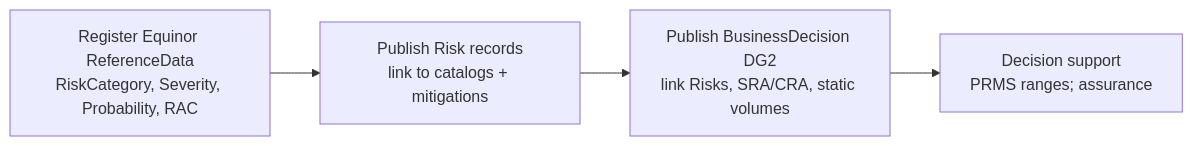
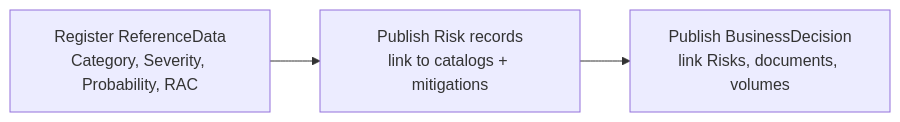
One commit to marcusapel/ores changed the second of 2 diagrams in md/Risk.md. Above: the diagram before and after it, drawn with Mermaid. The commit also changed other lines of this file and 7 other files, not shown here.

````diff
--- a/md/Risk.md
+++ b/md/Risk.md
@@ -60,6 +49,5 @@
 ```mermaid
 flowchart LR
-  A[Register Equinor ReferenceData<br/>RiskCategory, Severity, Probability, RAC] --> B[Publish Risk records<br/>link to catalogs + mitigations]
-  B --> C[Publish BusinessDecision DG2<br/>link Risks, SRA/CRA, static volumes]
-  C --> D[Decision support<br/>PRMS ranges; assurance]
+  A[Register ReferenceData<br/>Category, Severity, Probability, RAC] --> B[Publish Risk records<br/>link to catalogs + mitigations]
+  B --> C[Publish BusinessDecision<br/>link Risks, documents, volumes]
 ```
````
